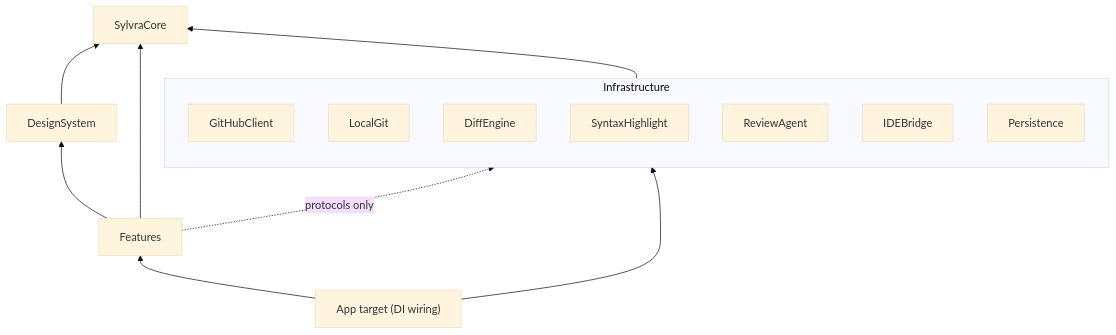
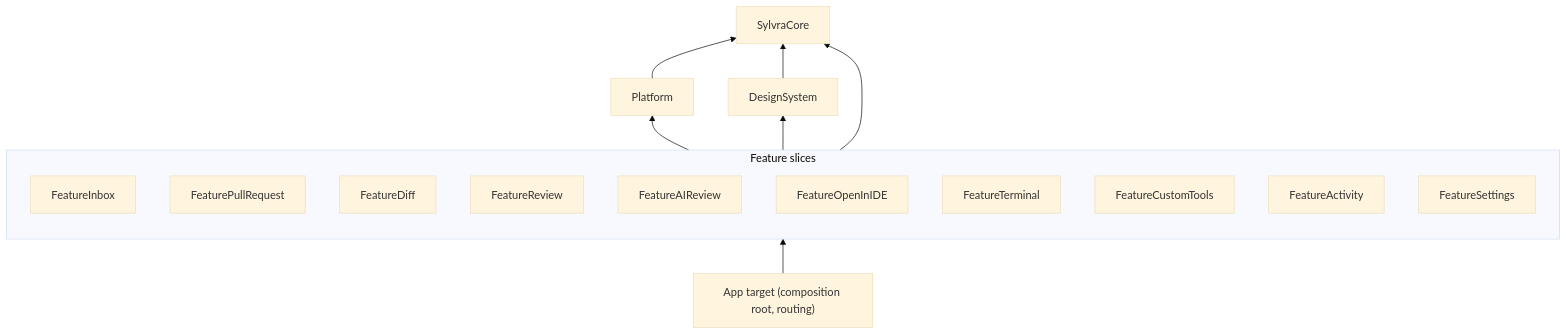
One commit to mduu/sylvra changed the second of 4 diagrams in specs/architecture.md. Above: the diagram before and after it, drawn with Mermaid (base theme). The commit also changed other lines of this file and 7 other files, not shown here.

````diff
--- a/specs/architecture.md
+++ b/specs/architecture.md
@@ -74,22 +102,22 @@
 ```mermaid
 flowchart BT
     Core[SylvraCore]
-
-    subgraph Infrastructure
-        GitHubClient
-        LocalGit
-        DiffEngine
-        SyntaxHighlight
-        ReviewAgent
-        IDEBridge
-        Persistence
+    Platform --> Core
+    DesignSystem --> Core
+    subgraph Slices["Feature slices"]
+        FeatureInbox
+        FeaturePullRequest
+        FeatureDiff
+        FeatureReview
+        FeatureAIReview
+        FeatureOpenInIDE
+        FeatureTerminal
+        FeatureCustomTools
+        FeatureActivity
+        FeatureSettings
     end
-
-    Infrastructure --> Core
-    DesignSystem --> Core
-    Features --> Core
-    Features --> DesignSystem
-    Features -. "protocols only" .-> Infrastructure
-    App["App target (DI wiring)"] --> Features
-    App --> Infrastructure
+    Slices --> Core
+    Slices --> Platform
+    Slices --> DesignSystem
+    App["App target (composition root, routing)"] --> Slices
 ```
````
